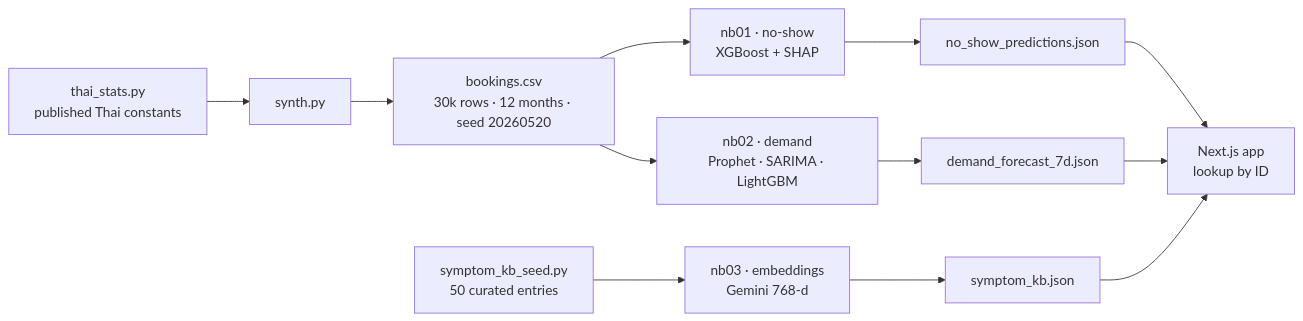
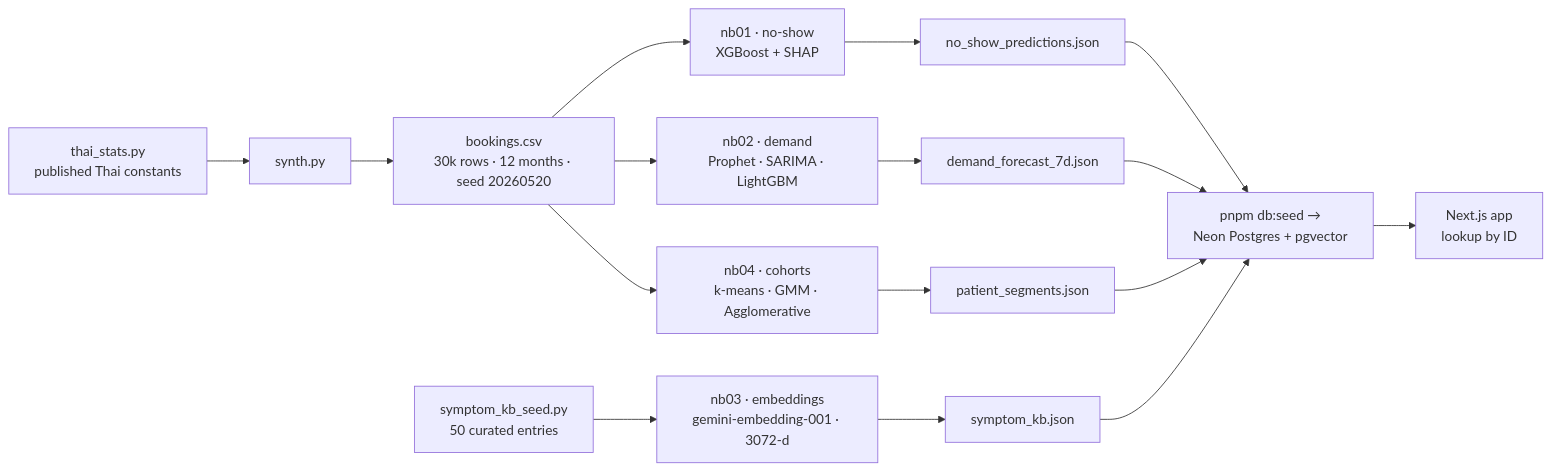
Before and after one commit to hhej/mordee-x: the fifth of 5 diagrams in README.md, drawn with Mermaid. The commit also changed other lines of this file and 1 other file, not shown here.

````diff
--- a/README.md
+++ b/README.md
@@ -275,12 +287,15 @@
 ```mermaid
 flowchart LR
     TS["thai_stats.py<br/>published Thai constants"] --> SY["synth.py"]
     SY --> CSV["bookings.csv<br/>30k rows · 12 months · seed 20260520"]
     CSV --> NB1["nb01 · no-show<br/>XGBoost + SHAP"]
     CSV --> NB2["nb02 · demand<br/>Prophet · SARIMA · LightGBM"]
-    SEED["symptom_kb_seed.py<br/>50 curated entries"] --> NB3["nb03 · embeddings<br/>Gemini 768-d"]
+    CSV --> NB4["nb04 · cohorts<br/>k-means · GMM · Agglomerative"]
+    SEED["symptom_kb_seed.py<br/>50 curated entries"] --> NB3["nb03 · embeddings<br/>gemini-embedding-001 · 3072-d"]
     NB1 --> O1["no_show_predictions.json"]
     NB2 --> O2["demand_forecast_7d.json"]
     NB3 --> O3["symptom_kb.json"]
-    O1 & O2 & O3 --> APP["Next.js app<br/>lookup by ID"]
+    NB4 --> O4["patient_segments.json"]
+    O1 & O2 & O3 & O4 --> SEEDDB["pnpm db:seed →<br/>Neon Postgres + pgvector"]
+    SEEDDB --> APP["Next.js app<br/>lookup by ID"]
 ```
````
